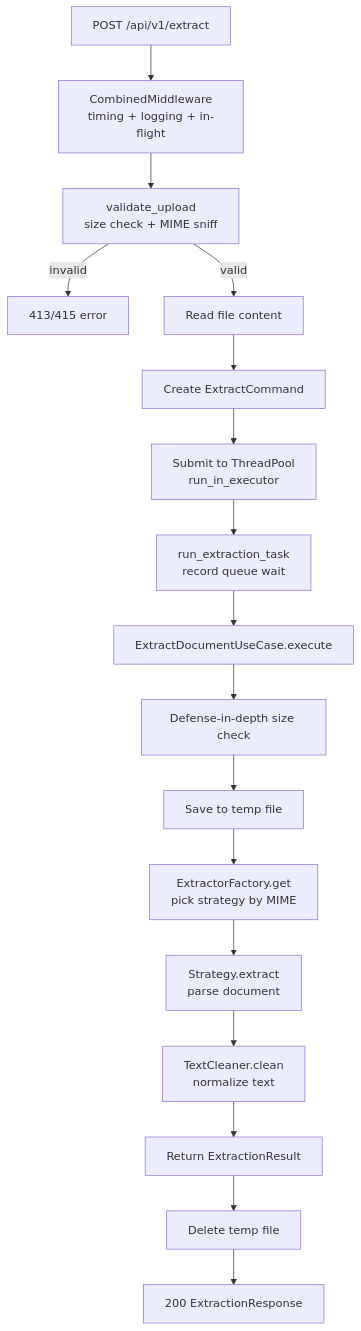
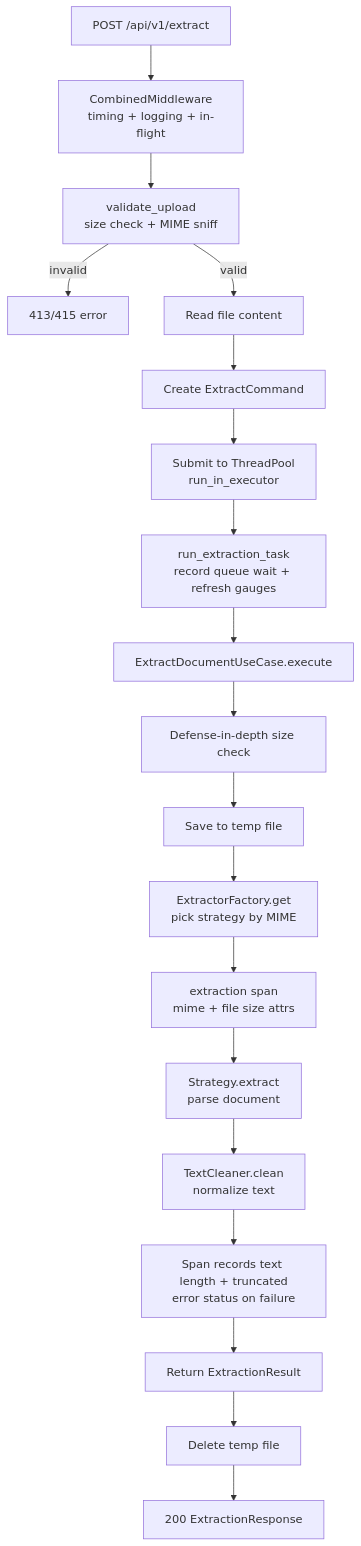
The fourth of 6 diagrams in services/document-parser/docs/concepts/architecture.md (kunalPisolkar24/detectAI), drawn with Mermaid before and after one commit. The commit also changed other lines of this file and 9 other files, not shown here.

````diff
--- a/services/document-parser/docs/concepts/architecture.md
+++ b/services/document-parser/docs/concepts/architecture.md
@@ -177,19 +178,21 @@
 ```mermaid
 graph TB
     A[POST /api/v1/extract] --> B[CombinedMiddleware<br/>timing + logging + in-flight]
     B --> C[validate_upload<br/>size check + MIME sniff]
     C -->|invalid| D[413/415 error]
     C -->|valid| E[Read file content]
     E --> F[Create ExtractCommand]
     F --> G[Submit to ThreadPool<br/>run_in_executor]
-    G --> H[run_extraction_task<br/>record queue wait]
+    G --> H[run_extraction_task<br/>record queue wait + refresh gauges]
     H --> I[ExtractDocumentUseCase.execute]
     I --> J[Defense-in-depth size check]
     J --> K[Save to temp file]
     K --> L[ExtractorFactory.get<br/>pick strategy by MIME]
-    L --> M[Strategy.extract<br/>parse document]
-    M --> N[TextCleaner.clean<br/>normalize text]
-    N --> O[Return ExtractionResult]
-    O --> P[Delete temp file]
-    P --> Q[200 ExtractionResponse]
+    L --> M[extraction span<br/>mime + file size attrs]
+    M --> N[Strategy.extract<br/>parse document]
+    N --> O[TextCleaner.clean<br/>normalize text]
+    O --> P[Span records text length + truncated<br/>error status on failure]
+    P --> Q[Return ExtractionResult]
+    Q --> R[Delete temp file]
+    R --> S[200 ExtractionResponse]
 ```
````
